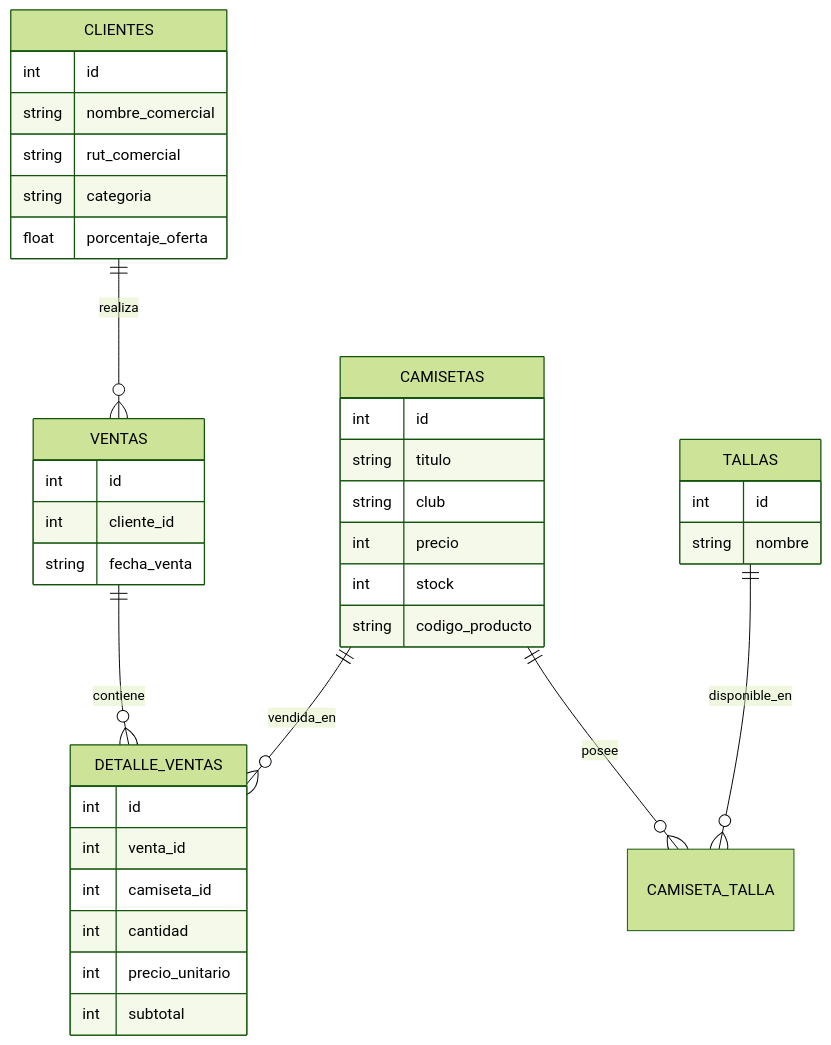
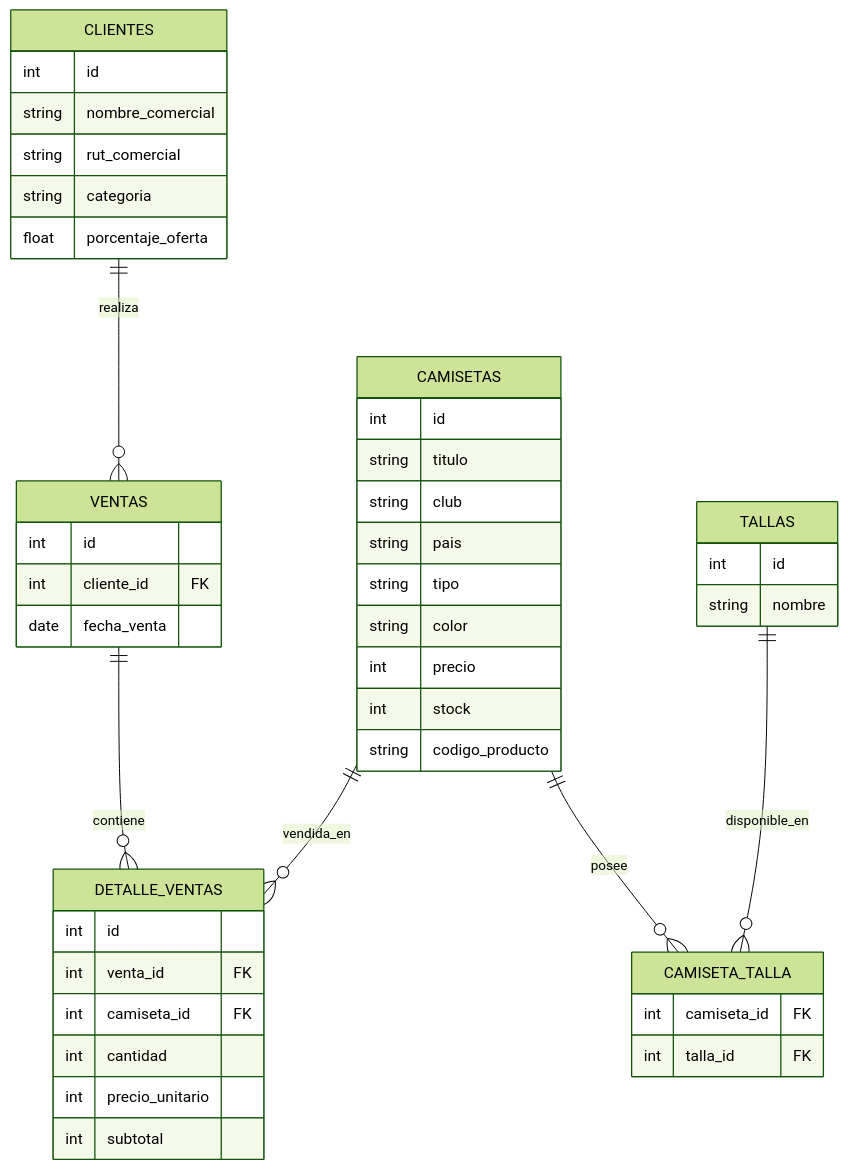
Before and after one commit to joseFloresMoreno/exam_arancibia_flores_galvez: the diagram in README.md, drawn with Mermaid (forest theme).

Commit message:
Update: mermaid del modelo de datos

````diff
--- a/README.md
+++ b/README.md
@@ -18,46 +18,55 @@
 ```mermaid
 erDiagram
 
     CLIENTES ||--o{ VENTAS : realiza
     VENTAS ||--o{ DETALLE_VENTAS : contiene
     CAMISETAS ||--o{ DETALLE_VENTAS : vendida_en
+
     CAMISETAS ||--o{ CAMISETA_TALLA : posee
     TALLAS ||--o{ CAMISETA_TALLA : disponible_en
 
     CLIENTES {
         int id
         string nombre_comercial
         string rut_comercial
         string categoria
         float porcentaje_oferta
     }
 
     CAMISETAS {
         int id
         string titulo
         string club
+        string pais
+        string tipo
+        string color
         int precio
         int stock
         string codigo_producto
     }
 
     TALLAS {
         int id
         string nombre
     }
 
+    CAMISETA_TALLA {
+        int camiseta_id FK
+        int talla_id FK
+    }
+
     VENTAS {
         int id
-        int cliente_id
-        string fecha_venta
+        int cliente_id FK
+        date fecha_venta
     }
 
     DETALLE_VENTAS {
         int id
-        int venta_id
-        int camiseta_id
+        int venta_id FK
+        int camiseta_id FK
         int cantidad
         int precio_unitario
         int subtotal
     }
 ```
````
